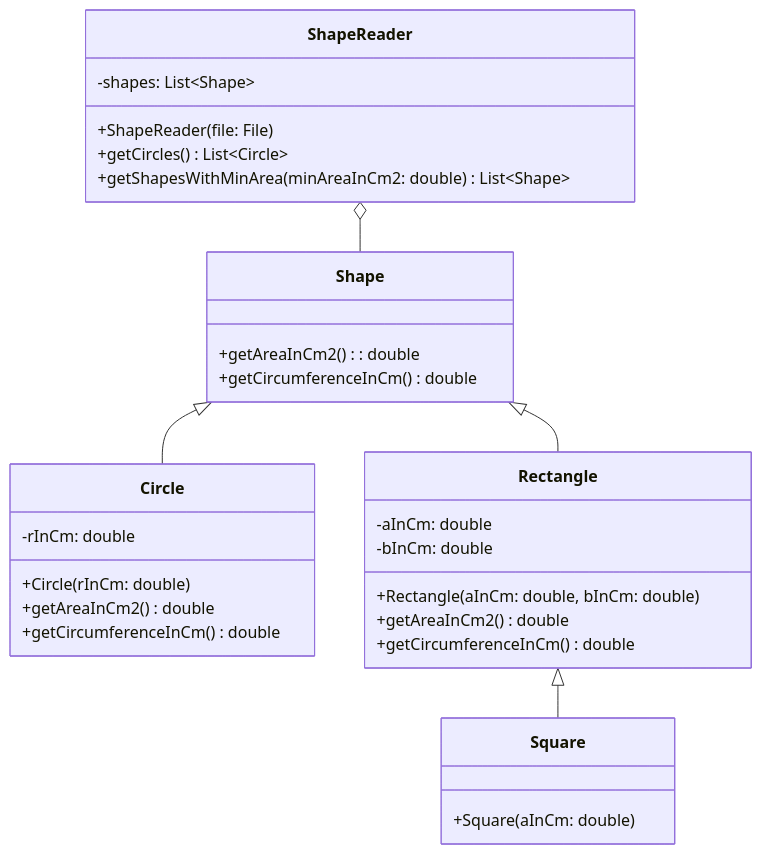
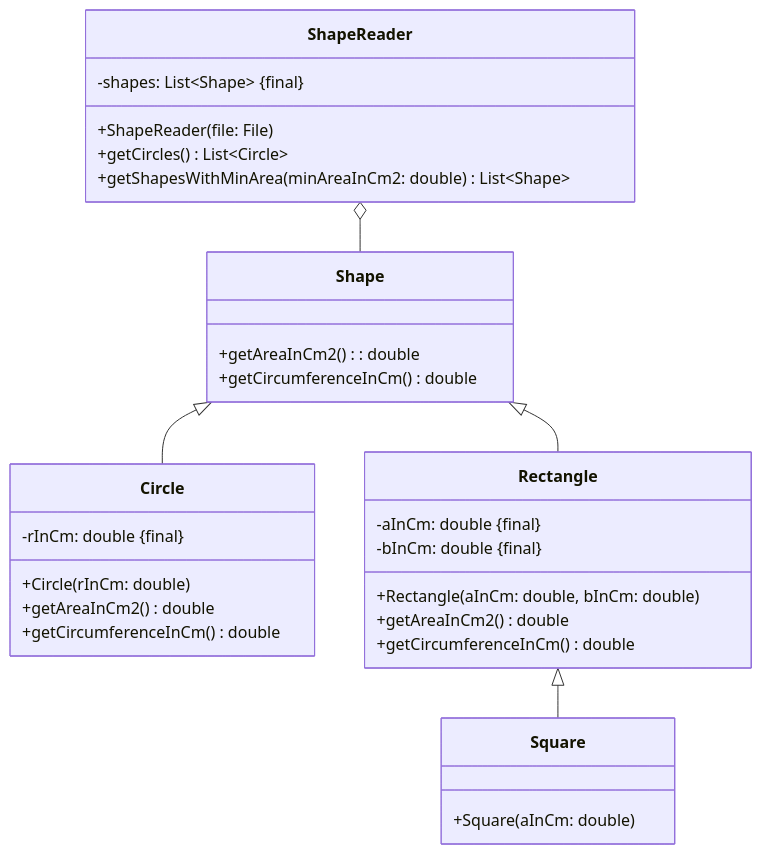
Before and after one commit to jappuccini/java-docs: the diagram in docs/exam-exercises/exam-exercises-java1/shape.md, drawn with Mermaid. The commit also changed 24 other files, not shown here.

````diff
--- a/docs/exam-exercises/exam-exercises-java1/shape.md
+++ b/docs/exam-exercises/exam-exercises-java1/shape.md
@@ -12,38 +12,38 @@
 ```mermaid
 classDiagram
     ShapeReader o-- Shape
     Shape <|-- Circle
     Shape <|-- Rectangle
     Rectangle <|-- Square
 
     class ShapeReader {
-        -shapes: List~Shape~
+        -shapes: List~Shape~ &#123final&#125
         +ShapeReader(file: File)
         +getCircles() List~Circle~
         +getShapesWithMinArea(minAreaInCm2: double) List~Shape~
     }
 
     class Shape {
         +getAreaInCm2(): double
         +getCircumferenceInCm() double
     }
 
     class Circle {
-        -rInCm: double
+        -rInCm: double &#123final&#125
         +Circle(rInCm: double)
         +getAreaInCm2() double
         +getCircumferenceInCm() double
     }
 
     class Rectangle {
-        -aInCm: double
-        -bInCm: double
+        -aInCm: double &#123final&#125
+        -bInCm: double &#123final&#125
         +Rectangle(aInCm: double, bInCm: double)
         +getAreaInCm2() double
         +getCircumferenceInCm() double
     }
 
     class Square {
         +Square(aInCm: double)
     }
 ```
````
